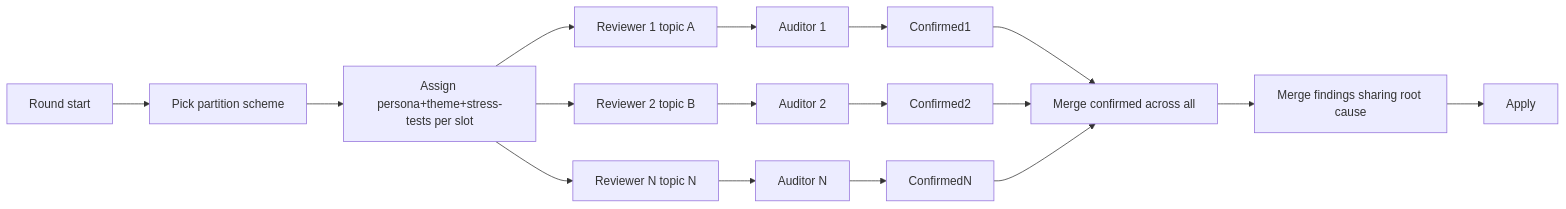
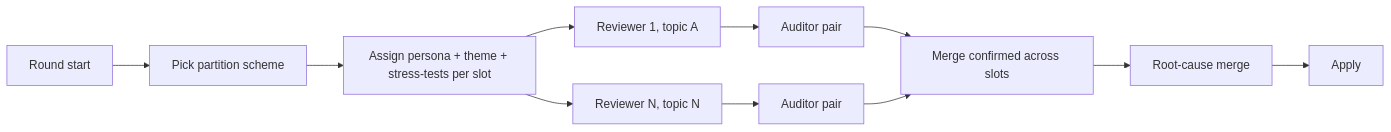
Before and after one commit to 1qh/lens: the diagram in procedure/parallel-coverage.md, drawn with Mermaid. The commit also changed other lines of this file and 14 other files, not shown here.

````diff
--- a/procedure/parallel-coverage.md
+++ b/procedure/parallel-coverage.md
@@ -5,19 +3,13 @@
 ```mermaid
 flowchart LR
     Round[Round start] --> Partition[Pick partition scheme]
-    Partition --> Slots[Assign persona+theme+stress-tests per slot]
-    Slots --> R1[Reviewer 1 topic A]
-    Slots --> R2[Reviewer 2 topic B]
-    Slots --> Rn[Reviewer N topic N]
-    R1 --> A1[Auditor 1]
-    R2 --> A2[Auditor 2]
-    Rn --> An[Auditor N]
-    A1 --> Confirmed1
-    A2 --> Confirmed2
-    An --> ConfirmedN
-    Confirmed1 --> Merge[Merge confirmed across all]
-    Confirmed2 --> Merge
-    ConfirmedN --> Merge
-    Merge --> RootCause[Merge findings sharing root cause]
-    RootCause --> Apply
+    Partition --> Slots[Assign persona + theme + stress-tests per slot]
+    Slots --> R1[Reviewer 1, topic A]
+    Slots --> Rn[Reviewer N, topic N]
+    R1 --> A1[Auditor pair]
+    Rn --> An[Auditor pair]
+    A1 --> Merge[Merge confirmed across slots]
+    An --> Merge
+    Merge --> Root[Root-cause merge]
+    Root --> Apply
 ```
````
